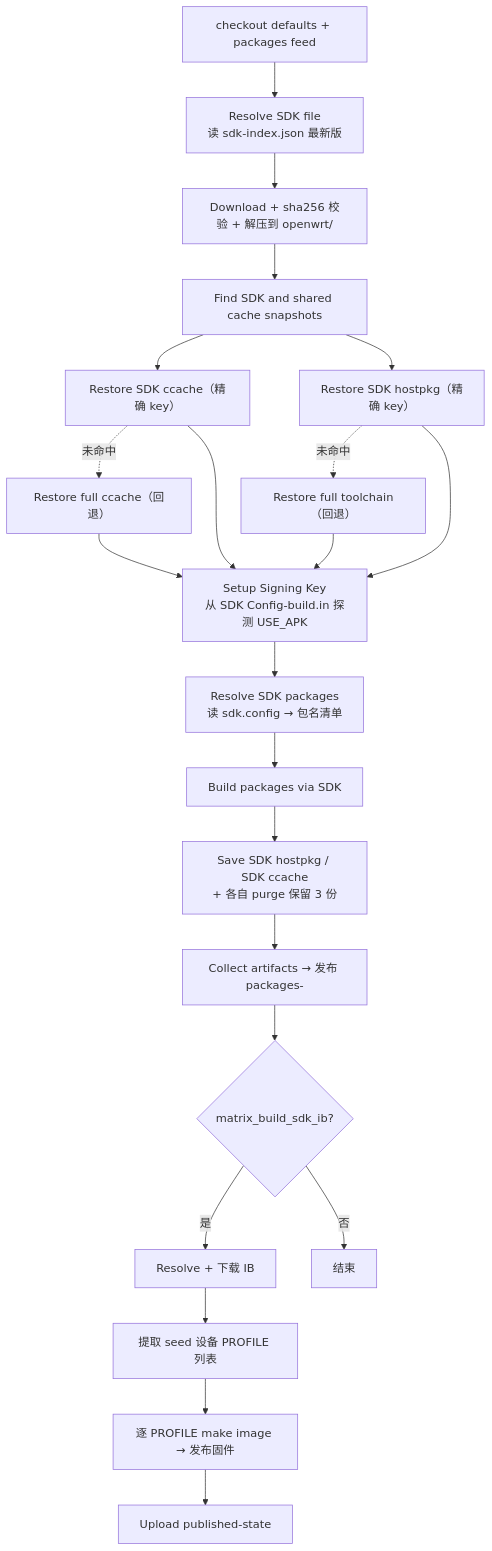
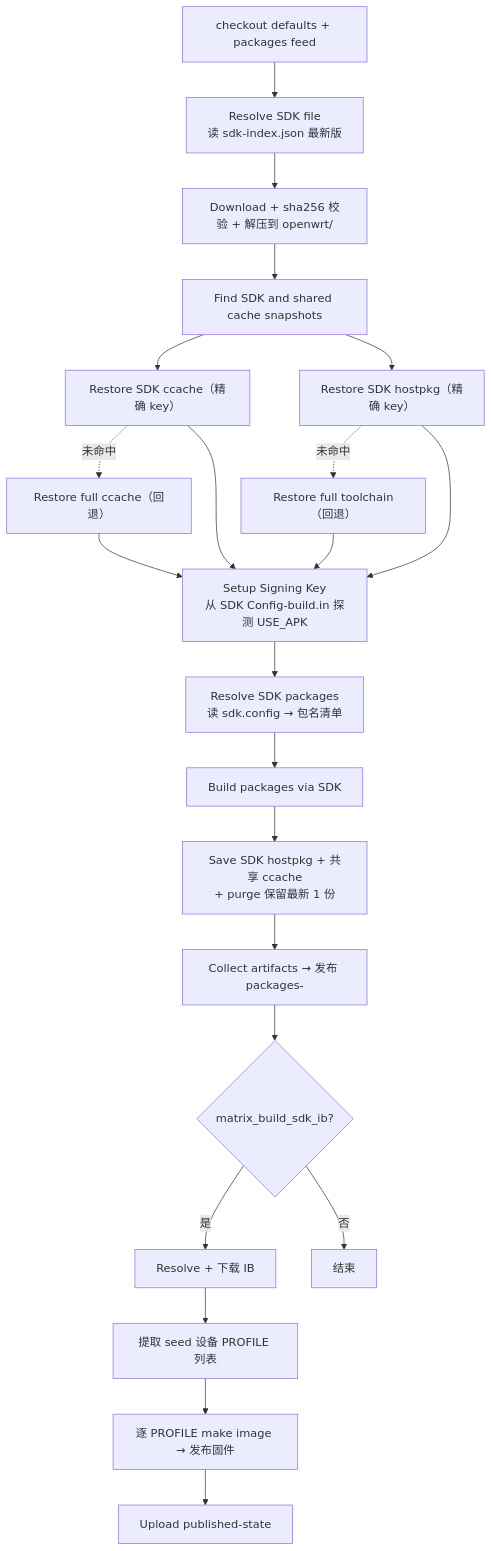
One commit to solarflows/AutoWorkFlows changed the fifth of 9 diagrams in docs/ci-flow.md. Above: the diagram before and after it, drawn with Mermaid. The commit also changed other lines of this file and 7 other files, not shown here.

````diff
--- a/docs/ci-flow.md
+++ b/docs/ci-flow.md
@@ -226,24 +226,24 @@
 ```mermaid
 flowchart TD
     A["checkout defaults + packages feed"] --> B["Resolve SDK file<br/>读 sdk-index.json 最新版"]
     B --> C["Download + sha256 校验 + 解压到 openwrt/"]
     C --> D["Find SDK and shared cache snapshots"]
     D --> E1["Restore SDK ccache（精确 key）"]
     D --> E2["Restore SDK hostpkg（精确 key）"]
     E2 -.->|"未命中"| E3["Restore full toolchain（回退）"]
     E1 -.->|"未命中"| E4["Restore full ccache（回退）"]
     E1 --> F["Setup Signing Key<br/>从 SDK Config-build.in 探测 USE_APK"]
     E2 --> F
     E3 --> F
     E4 --> F
     F --> G["Resolve SDK packages<br/>读 sdk.config → 包名清单"]
     G --> H["Build packages via SDK"]
-    H --> I["Save SDK hostpkg / SDK ccache<br/>+ 各自 purge 保留 3 份"]
+    H --> I["Save SDK hostpkg + 共享 ccache<br/>+ purge 保留最新 1 份"]
     I --> J["Collect artifacts → 发布 packages-<target>"]
     J --> K{"matrix_build_sdk_ib?"}
     K -->|"是"| L["Resolve + 下载 IB"]
     L --> M["提取 seed 设备 PROFILE 列表"]
     M --> N["逐 PROFILE make image → 发布固件"]
     K -->|"否"| O["结束"]
     N --> P["Upload published-state"]
 ```
````
